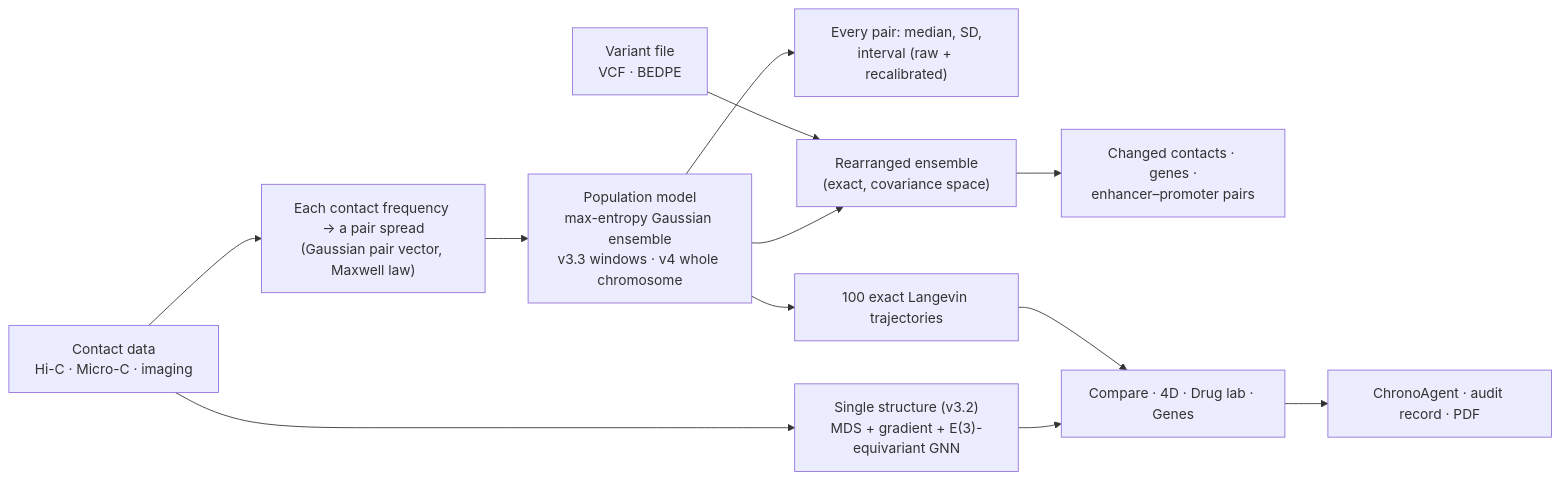
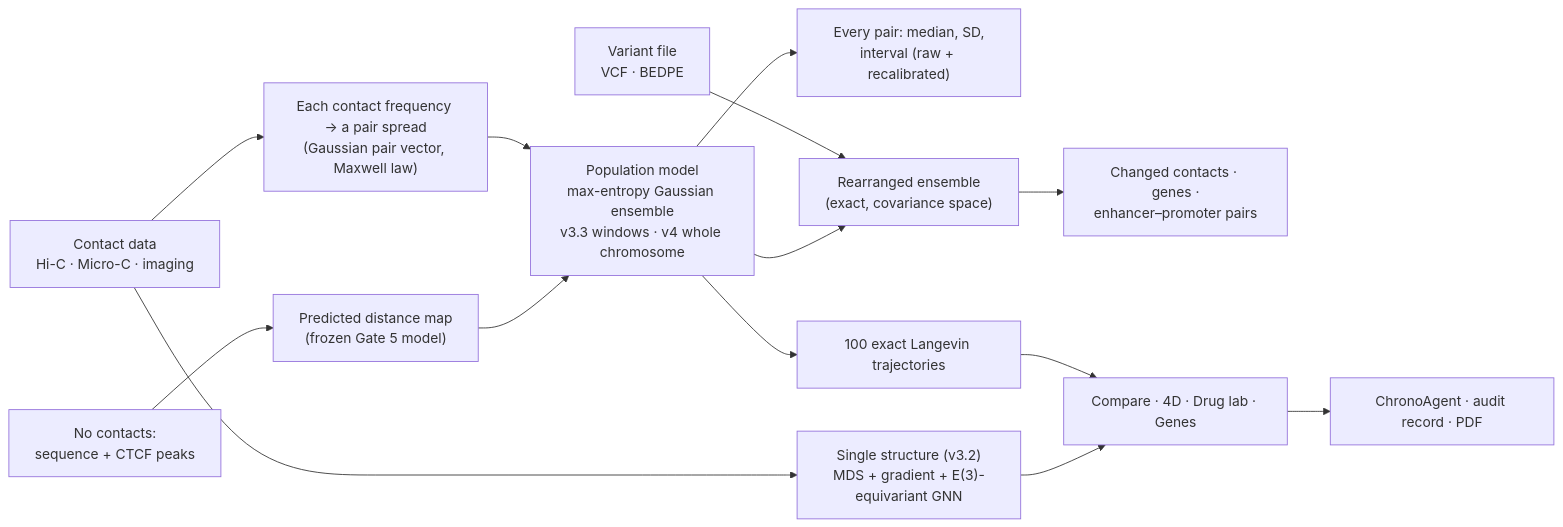
The diagram in README.md (Dhruv-Deku/chronocell), drawn with Mermaid before and after one commit. The commit also changed other lines of this file and 8 other files, not shown here.

````diff
--- a/README.md
+++ b/README.md
@@ -85,14 +85,16 @@
 ```mermaid
 flowchart LR
     A["Contact data<br/>Hi-C · Micro-C · imaging"] --> B["Each contact frequency → a pair spread<br/>(Gaussian pair vector, Maxwell law)"]
     B --> P["Population model<br/>max-entropy Gaussian ensemble<br/>v3.3 windows · v4 whole chromosome"]
     P --> U["Every pair: median, SD,<br/>interval (raw + recalibrated)"]
     P --> T["100 exact Langevin trajectories"]
     A --> S["Single structure (v3.2)<br/>MDS + gradient + E(3)-equivariant GNN"]
+    Q["No contacts:<br/>sequence + CTCF peaks"] --> R["Predicted distance map<br/>(frozen Gate 5 model)"]
+    R --> P
     V["Variant file<br/>VCF · BEDPE"] --> X["Rearranged ensemble<br/>(exact, covariance space)"]
     P --> X
     X --> Y["Changed contacts · genes ·<br/>enhancer–promoter pairs"]
     T --> H["Compare · 4D · Drug lab · Genes"]
     S --> H
     H --> I["ChronoAgent · audit record · PDF"]
 ```
````
